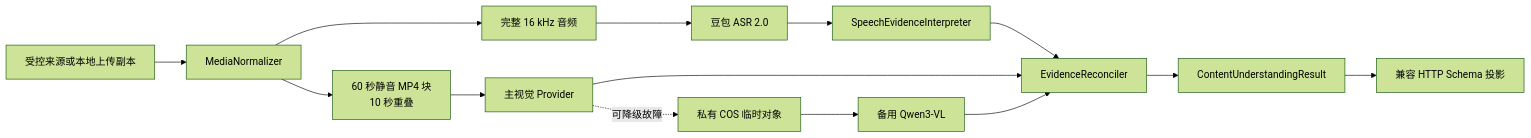
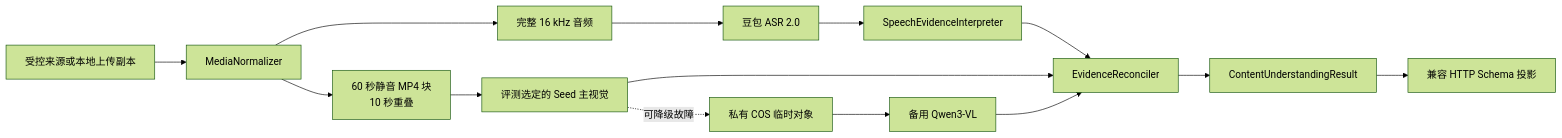
One commit to happyJumpup/Hachimi changed the diagram in docs/technical/content-understanding-provider-production.md. Above: the diagram before and after it, drawn with Mermaid (forest theme). The commit also changed other lines of this file and 30 other files, not shown here.

````diff
--- a/docs/technical/content-understanding-provider-production.md
+++ b/docs/technical/content-understanding-provider-production.md
@@ -9,16 +9,16 @@
 ```mermaid
 flowchart LR
     U["受控来源或本地上传副本"] --> M["MediaNormalizer"]
     M --> A["完整 16 kHz 音频"]
     M --> V["60 秒静音 MP4 块\n10 秒重叠"]
     A --> T["豆包 ASR 2.0"]
     T --> S["SpeechEvidenceInterpreter"]
-    V --> P["主视觉 Provider"]
+    V --> P["评测选定的 Seed 主视觉"]
     P -. "可降级故障" .-> C["私有 COS 临时对象"]
     C --> Q["备用 Qwen3-VL"]
     S --> R["EvidenceReconciler"]
     P --> R
     Q --> R
     R --> O["ContentUnderstandingResult"]
     O --> H["兼容 HTTP Schema 投影"]
 ```
````
